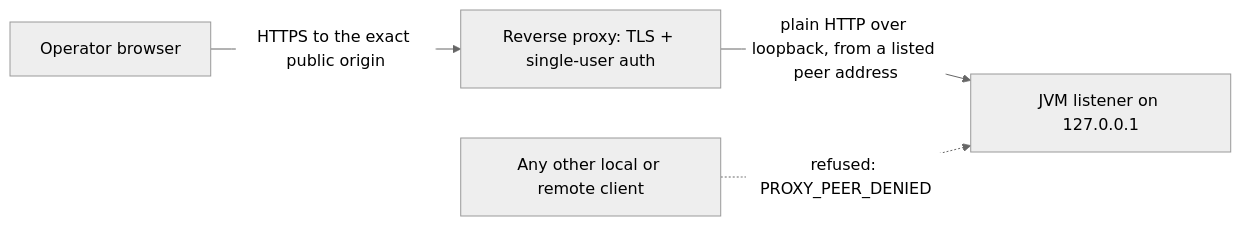
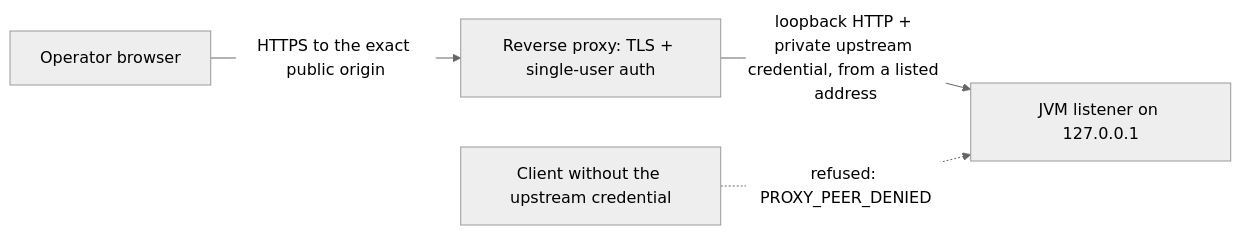
One commit to minsago-elite/decomp_thing changed the diagram in docs/web-reverse-proxy.md. Above: the diagram before and after it, drawn with Mermaid (neutral theme). The commit also changed other lines of this file and 6 other files, not shown here.

First line of the commit message:
Authenticate proxy upstream and separate edge upload limits (#613, #614)

````diff
--- a/docs/web-reverse-proxy.md
+++ b/docs/web-reverse-proxy.md
@@ -15,6 +19,6 @@
 ```mermaid
 flowchart LR
   B[Operator browser] -->|HTTPS to the exact public origin| P[Reverse proxy: TLS + single-user auth]
-  P -->|plain HTTP over loopback, from a listed peer address| J[JVM listener on 127.0.0.1]
-  X[Any other local or remote client] -.->|refused: PROXY_PEER_DENIED| J
+  P -->|loopback HTTP + private upstream credential, from a listed address| J[JVM listener on 127.0.0.1]
+  X[Client without the upstream credential] -.->|refused: PROXY_PEER_DENIED| J
 ```
````
